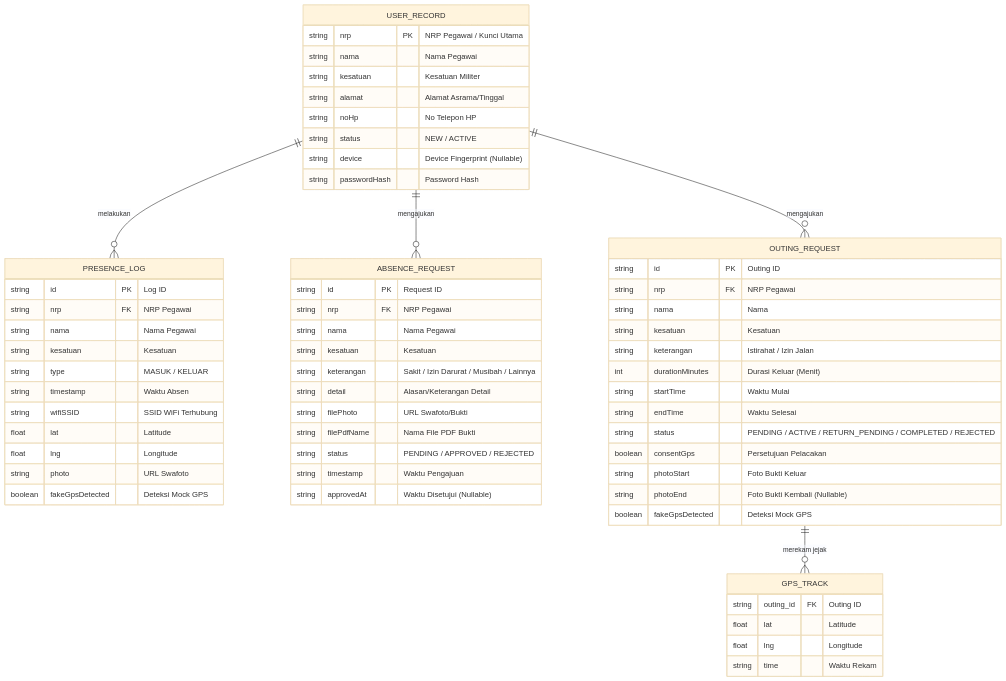
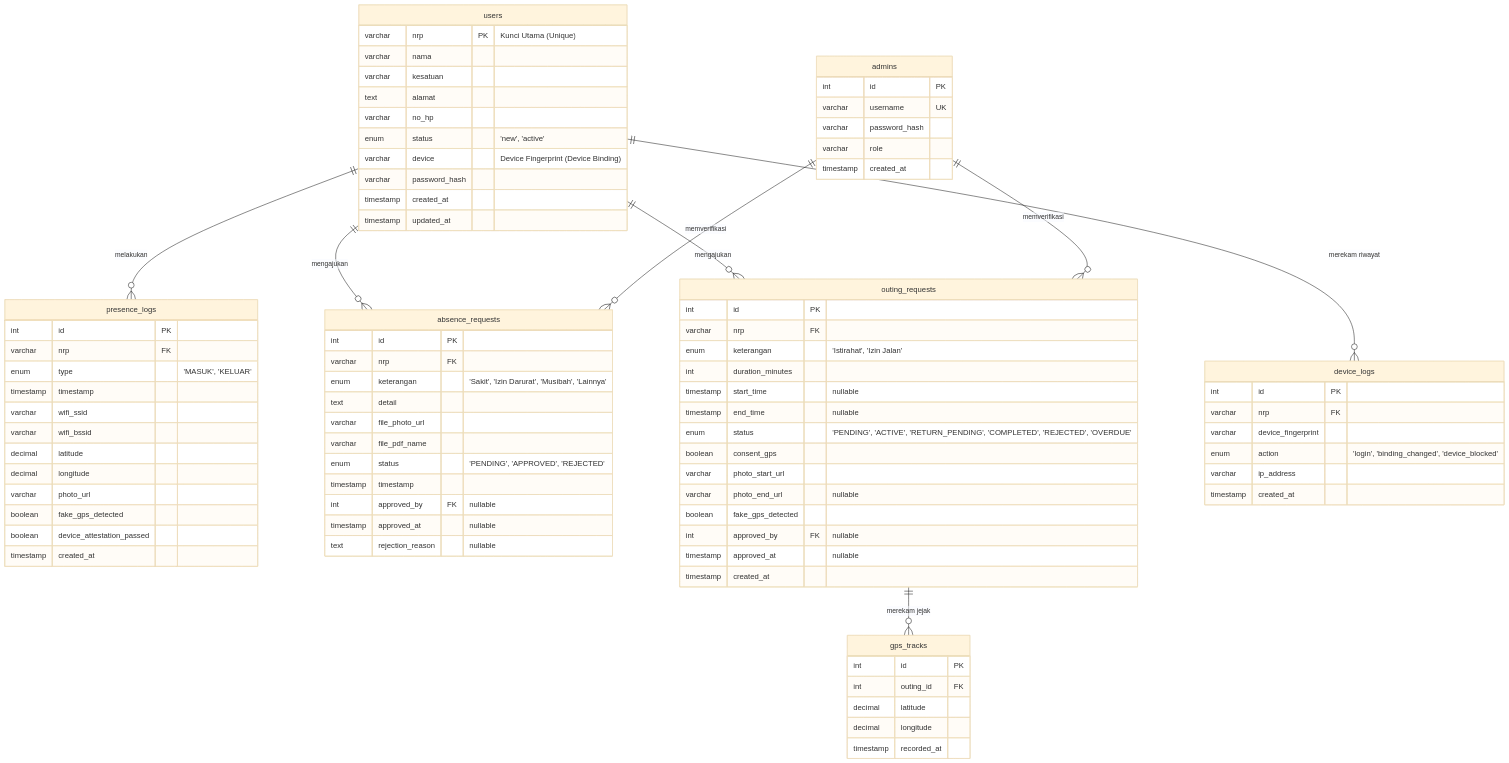
Before and after one commit to IntellQueue/Mockup-UI-UX-NAYAKA: the second of 13 diagrams in README.md, drawn with Mermaid (base theme). The commit also changed other lines of this file, not shown here.

Commit message:
update readme dengan flowchart update

````diff
--- a/README.md
+++ b/README.md
@@ -70,69 +104,94 @@
 ```mermaid
 erDiagram
-    USER_RECORD ||--o{ PRESENCE_LOG : "melakukan"
-    USER_RECORD ||--o{ ABSENCE_REQUEST : "mengajukan"
-    USER_RECORD ||--o{ OUTING_REQUEST : "mengajukan"
-    OUTING_REQUEST ||--o{ GPS_TRACK : "merekam jejak"
+    users ||--o{ presence_logs : "melakukan"
+    users ||--o{ absence_requests : "mengajukan"
+    users ||--o{ outing_requests : "mengajukan"
+    users ||--o{ device_logs : "merekam riwayat"
+    outing_requests ||--o{ gps_tracks : "merekam jejak"
+    admins ||--o{ absence_requests : "memverifikasi"
+    admins ||--o{ outing_requests : "memverifikasi"
 
-    USER_RECORD {
-        string nrp PK "NRP Pegawai / Kunci Utama"
-        string nama "Nama Pegawai"
-        string kesatuan "Kesatuan Militer"
-        string alamat "Alamat Asrama/Tinggal"
-        string noHp "No Telepon HP"
-        string status "NEW / ACTIVE"
-        string device "Device Fingerprint (Nullable)"
-        string passwordHash "Password Hash"
+    users {
+        varchar nrp PK "Kunci Utama (Unique)"
+        varchar nama
+        varchar kesatuan
+        text alamat
+        varchar no_hp
+        enum status "'new', 'active'"
+        varchar device "Device Fingerprint (Device Binding)"
+        varchar password_hash
+        timestamp created_at
+        timestamp updated_at
     }
 
-    PRESENCE_LOG {
-        string id PK "Log ID"
-        string nrp FK "NRP Pegawai"
-        string nama "Nama Pegawai"
-        string kesatuan "Kesatuan"
-        string type "MASUK / KELUAR"
-        string timestamp "Waktu Absen"
-        string wifiSSID "SSID WiFi Terhubung"
-        float lat "Latitude"
-        float lng "Longitude"
-        string photo "URL Swafoto"
-        boolean fakeGpsDetected "Deteksi Mock GPS"
+    admins {
+        int id PK
+        varchar username UK
+        varchar password_hash
+        varchar role
+        timestamp created_at
     }
 
-    ABSENCE_REQUEST {
-        string id PK "Request ID"
-        string nrp FK "NRP Pegawai"
-        string nama "Nama Pegawai"
-        string kesatuan "Kesatuan"
-        string keterangan "Sakit / Izin Darurat / Musibah / Lainnya"
-        string detail "Alasan/Keterangan Detail"
-        string filePhoto "URL Swafoto/Bukti"
-        string filePdfName "Nama File PDF Bukti"
-        string status "PENDING / APPROVED / REJECTED"
-        string timestamp "Waktu Pengajuan"
-        string approvedAt "Waktu Disetujui (Nullable)"
+    device_logs {
+        int id PK
+        varchar nrp FK
+        varchar device_fingerprint
+        enum action "'login', 'binding_changed', 'device_blocked'"
+        varchar ip_address
+        timestamp created_at
     }
 
-    OUTING_REQUEST {
-        string id PK "Outing ID"
-        string nrp FK "NRP Pegawai"
-        string nama "Nama"
-        string kesatuan "Kesatuan"
-        string keterangan "Istirahat / Izin Jalan"
-        int durationMinutes "Durasi Keluar (Menit)"
-        string startTime "Waktu Mulai"
-        string endTime "Waktu Selesai"
-        string status "PENDING / ACTIVE / RETURN_PENDING / COMPLETED / REJECTED"
-        boolean consentGps "Persetujuan Pelacakan"
-        string photoStart "Foto Bukti Keluar"
-        string photoEnd "Foto Bukti Kembali (Nullable)"
-        boolean fakeGpsDetected "Deteksi Mock GPS"
+    presence_logs {
+        int id PK
+        varchar nrp FK
+        enum type "'MASUK', 'KELUAR'"
+        timestamp timestamp
+        varchar wifi_ssid
+        varchar wifi_bssid
+        decimal latitude
+        decimal longitude
+        varchar photo_url
+        boolean fake_gps_detected
+        boolean device_attestation_passed
+        timestamp created_at
     }
 
-    GPS_TRACK {
-        string outing_id FK "Outing ID"
-        float lat "Latitude"
-        float lng "Longitude"
-        string time "Waktu Rekam"
+    absence_requests {
+        int id PK
+        varchar nrp FK
+        enum keterangan "'Sakit', 'Izin Darurat', 'Musibah', 'Lainnya'"
+        text detail
+        varchar file_photo_url
+        varchar file_pdf_name
+        enum status "'PENDING', 'APPROVED', 'REJECTED'"
+        timestamp timestamp
+        int approved_by FK "nullable"
+        timestamp approved_at "nullable"
+        text rejection_reason "nullable"
+    }
+
+    outing_requests {
+        int id PK
+        varchar nrp FK
+        enum keterangan "'Istirahat', 'Izin Jalan'"
+        int duration_minutes
+        timestamp start_time "nullable"
+        timestamp end_time "nullable"
+        enum status "'PENDING', 'ACTIVE', 'RETURN_PENDING', 'COMPLETED', 'REJECTED', 'OVERDUE'"
+        boolean consent_gps
+        varchar photo_start_url
+        varchar photo_end_url "nullable"
+        boolean fake_gps_detected
+        int approved_by FK "nullable"
+        timestamp approved_at "nullable"
+        timestamp created_at
+    }
+
+    gps_tracks {
+        int id PK
+        int outing_id FK
+        decimal latitude
+        decimal longitude
+        timestamp recorded_at
     }
 ```
````
